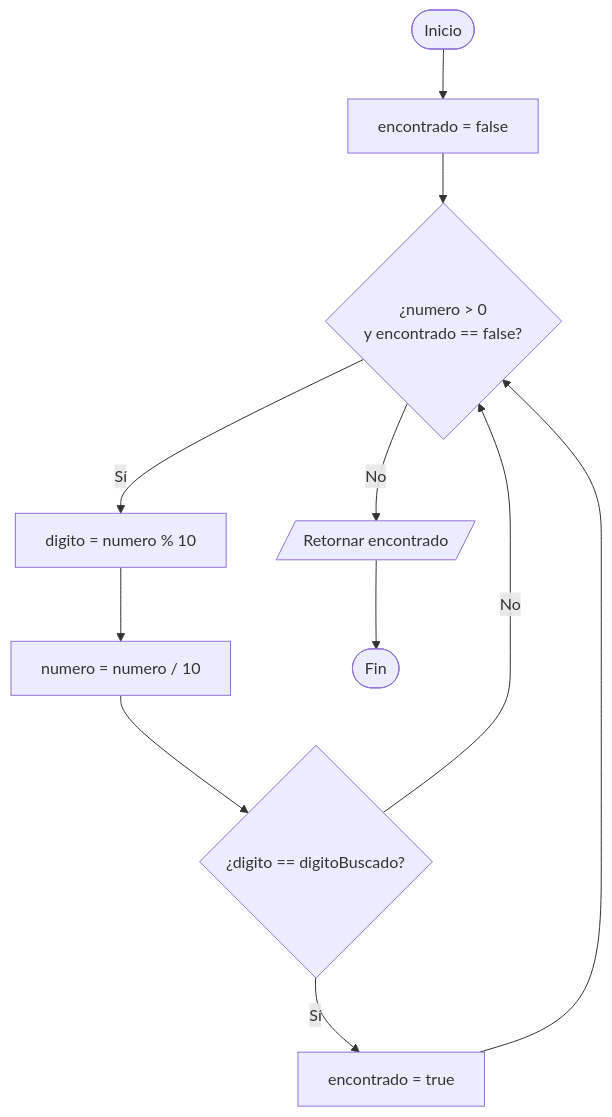
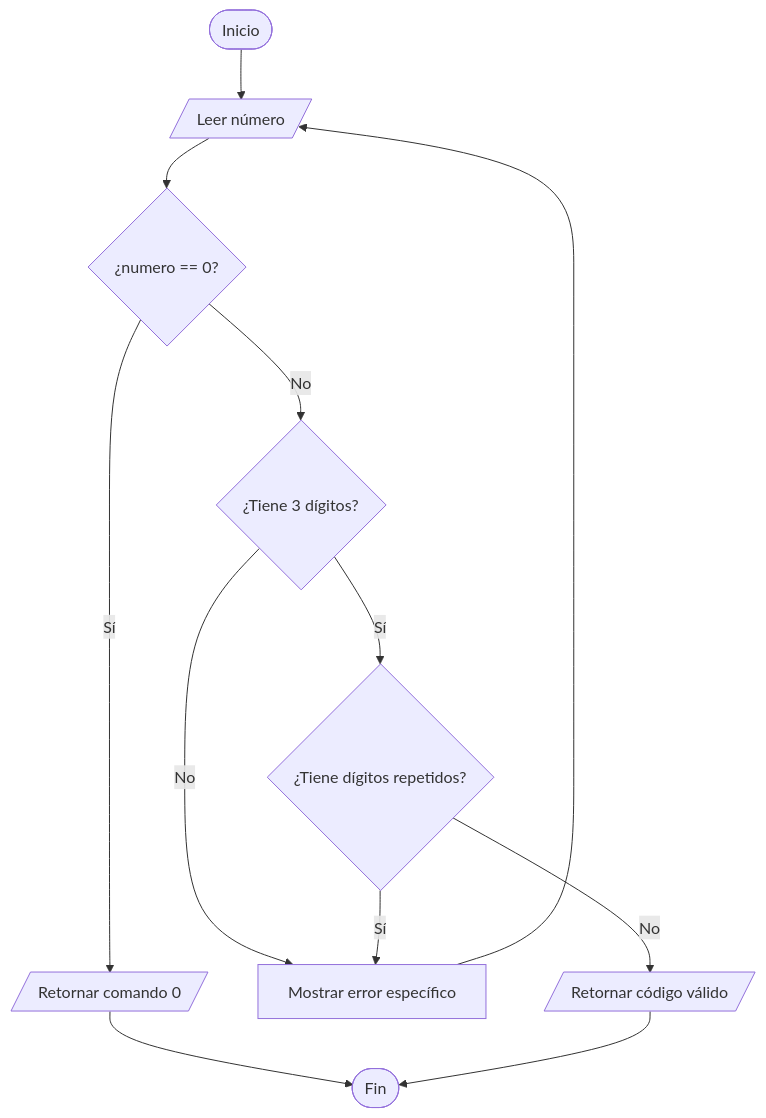
Before and after one commit to cesarszv/sis111-finalproject: the fourth of 6 diagrams in docs/pitch/06_diagramas_flujo.md, drawn with Mermaid. The commit also changed other lines of this file and 18 other files, not shown here.

````diff
--- a/docs/pitch/06_diagramas_flujo.md
+++ b/docs/pitch/06_diagramas_flujo.md
@@ -72,13 +56,14 @@
 ```mermaid
 flowchart TD
-    A([Inicio]) --> B[encontrado = false]
-    B --> C{¿numero > 0<br/>y encontrado == false?}
-    C -- Sí --> D[digito = numero % 10]
-    D --> E[numero = numero / 10]
-    E --> F{¿digito == digitoBuscado?}
-    F -- Sí --> G[encontrado = true]
-    F -- No --> C
-    G --> C
-    C -- No --> H[/Retornar encontrado/]
-    H --> I([Fin])
+    A([Inicio]) --> B[/Leer número/]
+    B --> C{¿numero == 0?}
+    C -- Sí --> D[/Retornar comando 0/]
+    C -- No --> E{¿Tiene 3 dígitos?}
+    E -- No --> F[Mostrar error específico]
+    E -- Sí --> G{¿Tiene dígitos repetidos?}
+    G -- Sí --> F
+    G -- No --> H[/Retornar código válido/]
+    F --> B
+    D --> I([Fin])
+    H --> I
 ```
````
